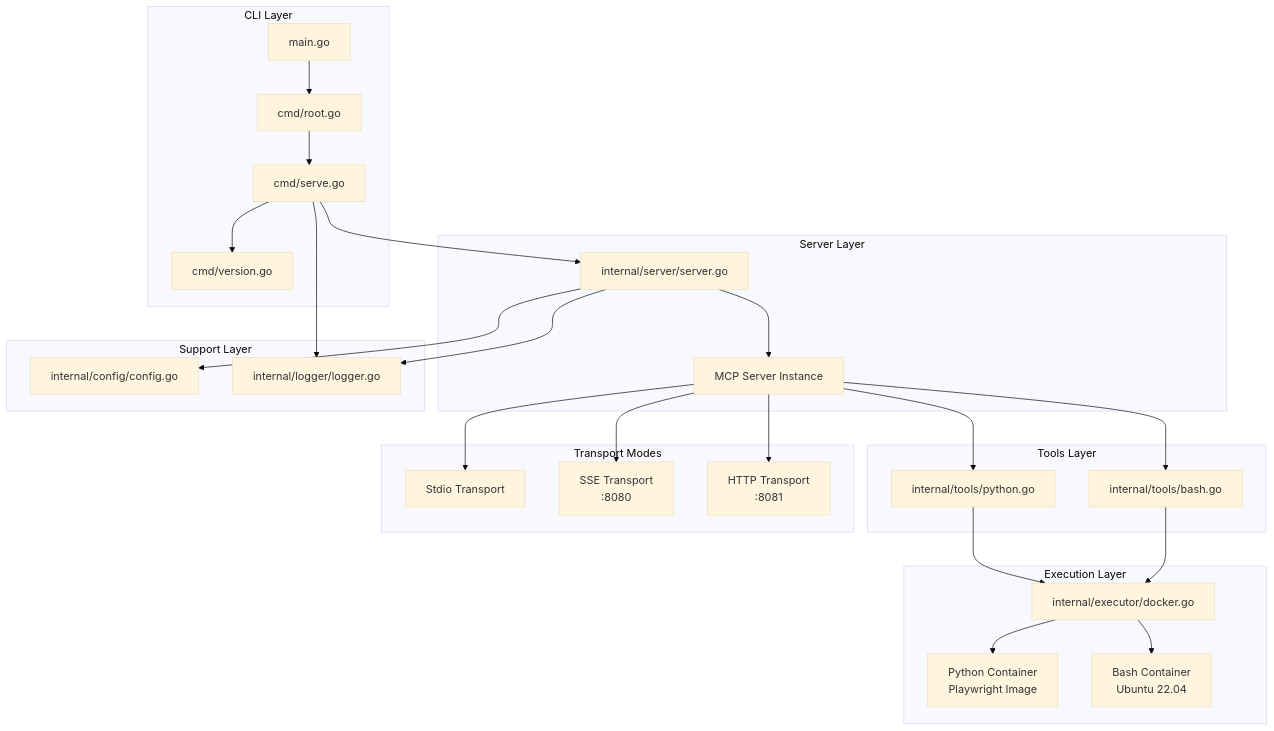
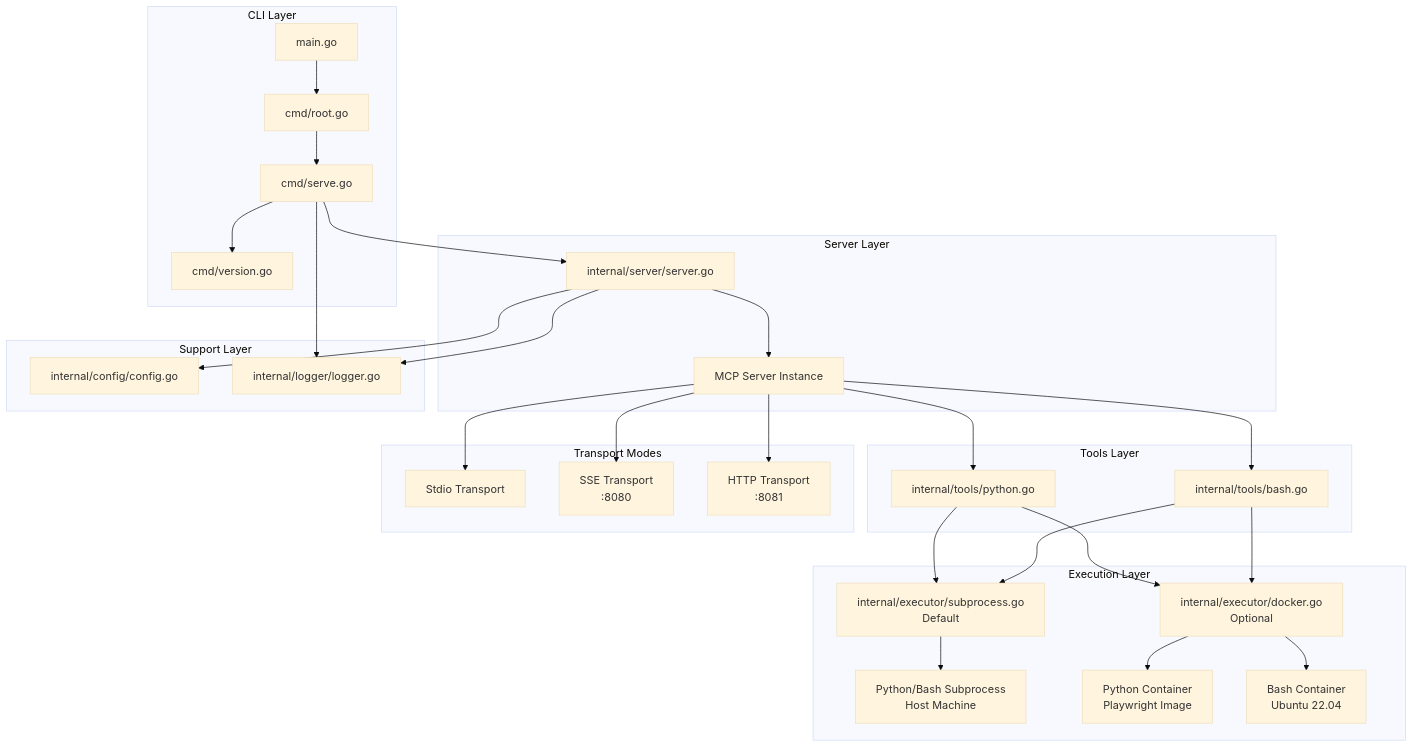
The diagram in README.md (ylchen07/mcp-executor), drawn with Mermaid (base theme) before and after one commit. The commit also changed other lines of this file, not shown here.

````diff
--- a/README.md
+++ b/README.md
@@ -180,37 +235,40 @@
 ```mermaid
 graph TB
     subgraph "CLI Layer"
         A[main.go] --> B[cmd/root.go]
         B --> C[cmd/serve.go]
         C --> D[cmd/version.go]
     end
 
     subgraph "Server Layer"
         C --> E[internal/server/server.go]
         E --> F[MCP Server Instance]
     end
 
     subgraph "Tools Layer"
         F --> G[internal/tools/python.go]
         F --> H[internal/tools/bash.go]
     end
 
     subgraph "Execution Layer"
-        G --> I[internal/executor/docker.go]
+        G --> I[internal/executor/subprocess.go<br/>Default]
+        G --> I2[internal/executor/docker.go<br/>Optional]
         H --> I
-        I --> J[Python Container<br/>Playwright Image]
-        I --> K[Bash Container<br/>Ubuntu 22.04]
+        H --> I2
+        I --> J[Python/Bash Subprocess<br/>Host Machine]
+        I2 --> K[Python Container<br/>Playwright Image]
+        I2 --> L[Bash Container<br/>Ubuntu 22.04]
     end
 
     subgraph "Support Layer"
-        E --> L[internal/config/config.go]
-        E --> M[internal/logger/logger.go]
-        C --> M
+        E --> M[internal/config/config.go]
+        E --> N[internal/logger/logger.go]
+        C --> N
     end
 
     subgraph "Transport Modes"
-        F --> N[Stdio Transport]
-        F --> O[SSE Transport<br/>:8080]
-        F --> P[HTTP Transport<br/>:8081]
+        F --> O[Stdio Transport]
+        F --> P[SSE Transport<br/>:8080]
+        F --> Q[HTTP Transport<br/>:8081]
     end
 ```
````
